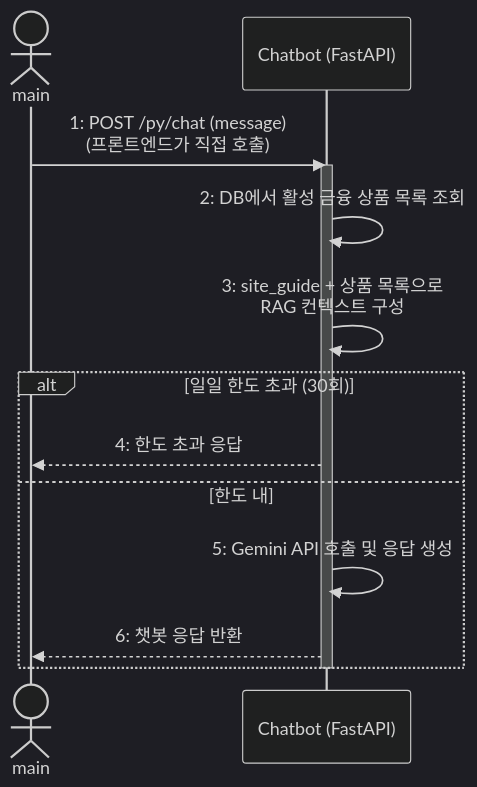
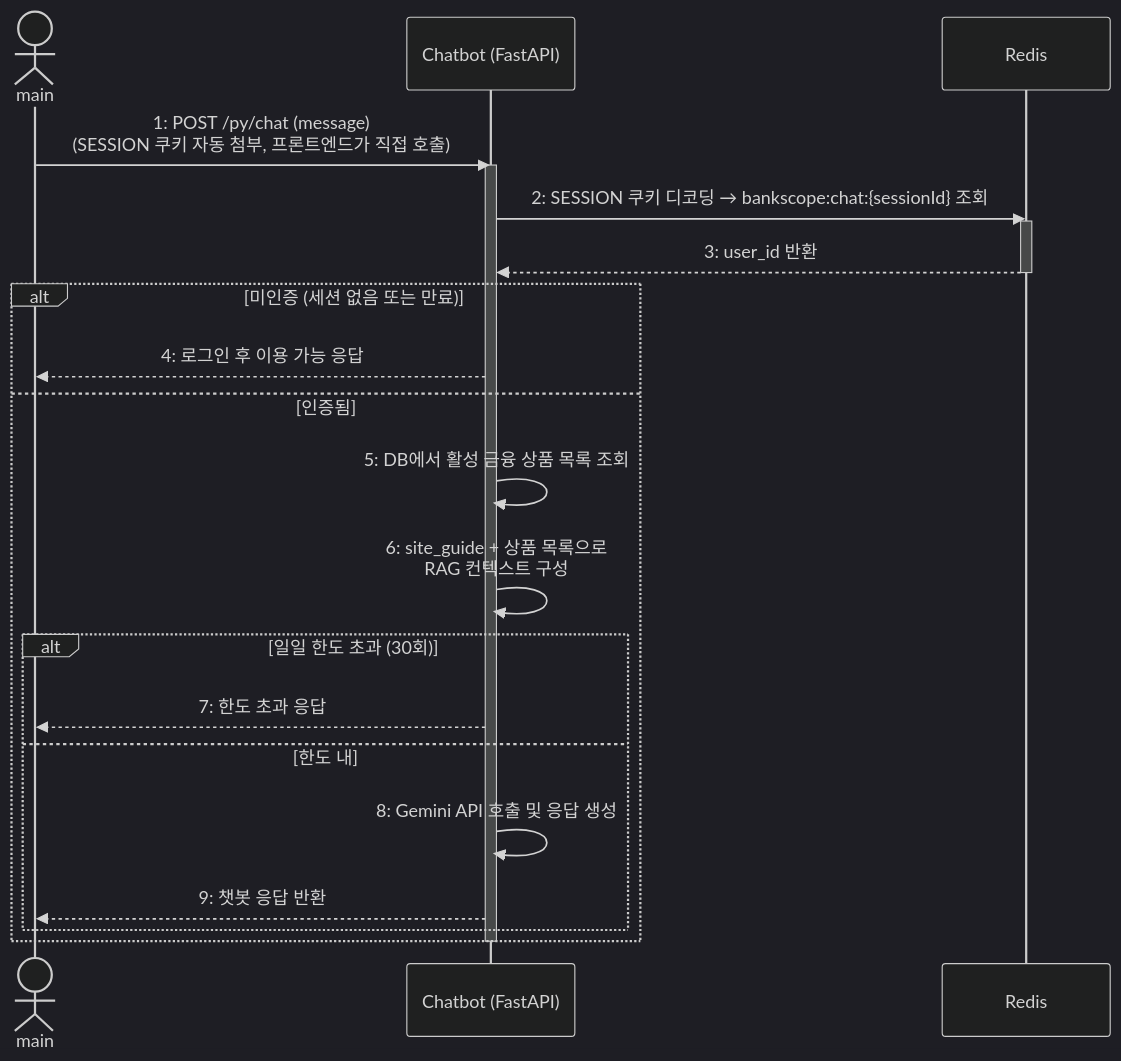
Before and after one commit to silversky621/BankScope: the ninth of 11 diagrams in Design_[21622137_최재영].md, drawn with Mermaid (dark theme). The commit also changed other lines of this file and 2 other files, not shown here.

Commit message:
docs: Redis 세션 인증 도입 반영 및 문서 정합성 수정
- Conceptualization: System context diagram에 Redis 노드 추가, CoO #5 챗봇 인증 흐름 수정, 챗봇 회원 전용 명시, Glossary Redis/SESSION 쿠키 항목 추가
- Design: 챗봇 시퀀스 다이어그램 Redis 인증 단계 추가, Chatbot 클래스 속성/메서드 보완, S/W requirements Redis 추가, Glossary 갱신
- Analysis: Use Case #7 챗봇 Redis 인증 단계 및 Extension 시나리오 추가, Domain Analysis #9 ChatBot 회원 전용/Redis 인증 반영, References 버전 갱신

````diff
--- a/Design_[21622137_최재영].md
+++ b/Design_[21622137_최재영].md
@@ -499,17 +503,26 @@
 ```mermaid
 sequenceDiagram
     actor main
     participant CB as Chatbot (FastAPI)
+    participant RD as Redis
 
-    main->>CB: 1: POST /py/chat (message)<br/>(프론트엔드가 직접 호출)
+    main->>CB: 1: POST /py/chat (message)<br/>(SESSION 쿠키 자동 첨부, 프론트엔드가 직접 호출)
     activate CB
-    CB->>CB: 2: DB에서 활성 금융 상품 목록 조회
-    CB->>CB: 3: site_guide + 상품 목록으로<br/>RAG 컨텍스트 구성
-    alt 일일 한도 초과 (30회)
-        CB-->>main: 4: 한도 초과 응답
-    else 한도 내
-        CB->>CB: 5: Gemini API 호출 및 응답 생성
-        CB-->>main: 6: 챗봇 응답 반환
+    CB->>RD: 2: SESSION 쿠키 디코딩 → bankscope:chat:{sessionId} 조회
+    activate RD
+    RD-->>CB: 3: user_id 반환
+    deactivate RD
+    alt 미인증 (세션 없음 또는 만료)
+        CB-->>main: 4: 로그인 후 이용 가능 응답
+    else 인증됨
+        CB->>CB: 5: DB에서 활성 금융 상품 목록 조회
+        CB->>CB: 6: site_guide + 상품 목록으로<br/>RAG 컨텍스트 구성
+        alt 일일 한도 초과 (30회)
+            CB-->>main: 7: 한도 초과 응답
+        else 한도 내
+            CB->>CB: 8: Gemini API 호출 및 응답 생성
+            CB-->>main: 9: 챗봇 응답 반환
+        end
     end
     deactivate CB
 ```
````
